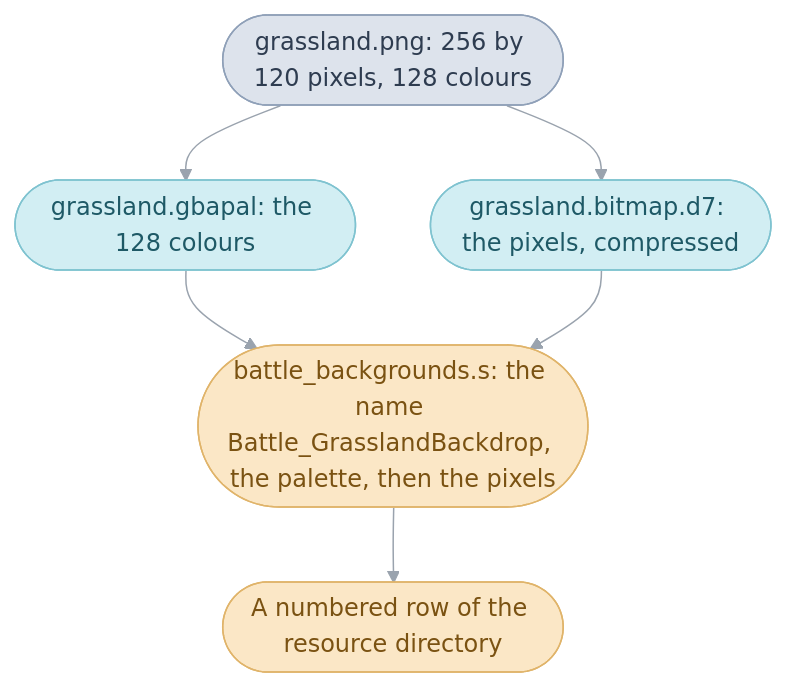
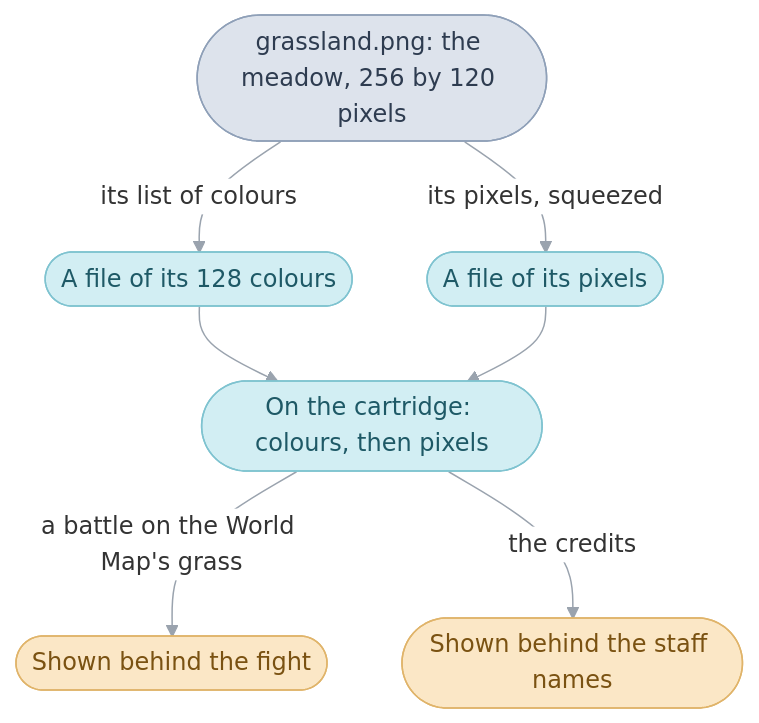
One commit to PascalPixel/alchemy changed the diagram in games/tbs/src/graphics/README.md. Above: the diagram before and after it, drawn with Mermaid. The commit also changed other lines of this file and 20 other files, not shown here.

````diff
--- a/games/tbs/src/graphics/README.md
+++ b/games/tbs/src/graphics/README.md
@@ -98,15 +120,16 @@
 ```mermaid
 %%{init: {"theme": "base", "themeVariables": {"lineColor": "#9AA3AE", "edgeLabelBackground": "#FFFFFF"}, "flowchart": {"curve": "basis", "padding": 12}}}%%
 flowchart TD
-  png(["grassland.png: 256 by 120 pixels, 128 colours"]) --> pal(["grassland.gbapal: the 128 colours"])
-  png --> pix(["grassland.bitmap.d7: the pixels, compressed"])
-  pal --> s(["battle_backgrounds.s: the name Battle_GrasslandBackdrop, the palette, then the pixels"])
+  png(["grassland.png: the meadow, 256 by 120 pixels"]) -- "its list of colours" --> pal(["A file of its 128 colours"])
+  png -- "its pixels, squeezed" --> pix(["A file of its pixels"])
+  pal --> s(["On the cartridge: colours, then pixels"])
   pix --> s
-  s --> row(["A numbered row of the resource directory"])
+  s -- "a battle on the World Map's grass" --> battle(["Shown behind the fight"])
+  s -- "the credits" --> credits(["Shown behind the staff names"])
   classDef source fill:#DDE3EC,stroke:#8FA0B8,color:#2E3C50
   classDef build fill:#D2EEF3,stroke:#7FC3D0,color:#1E5966
   classDef hardware fill:#FBE7C6,stroke:#E0B46A,color:#7A5212
   class png source
-  class pal,pix build
-  class s,row hardware
+  class pal,pix,s build
+  class battle,credits hardware
 ```
````
